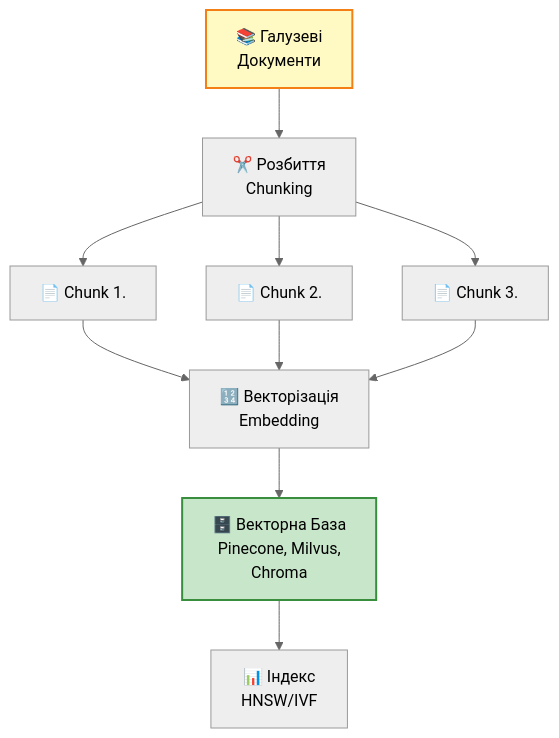
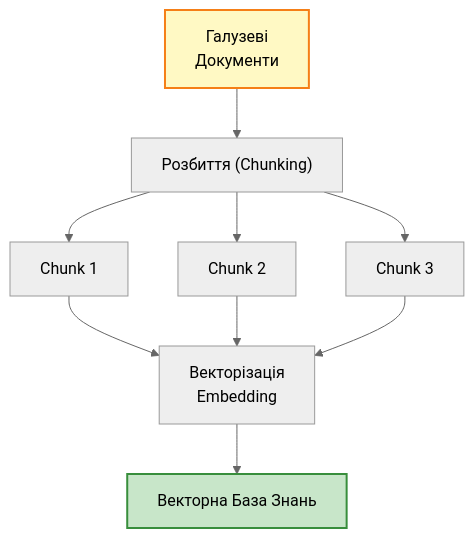
Before and after one commit to bunnybrin/rag-assistant: the diagram in docs/mermeid/indexing_phase.mermaid, drawn with Mermaid. The commit also changed 5 other files, not shown here.

```diff
--- a/docs/mermeid/indexing_phase.mermaid
+++ b/docs/mermeid/indexing_phase.mermaid
@@ -1,18 +1,17 @@
 ---
 config:
   theme: 'neutral'
 ---
 
 graph TB
-A["📚 Галузеві<br/>Документи"] --> B["✂️ Розбиття<br/>Chunking"]
-B --> C1["📄 Chunk 1."]
-B --> C2["📄 Chunk 2."]
-B --> C3["📄 Chunk 3."]
-C1 --> D["🔢 Векторізація<br/>Embedding"]
+A["Галузеві<br/>Документи"] --> B["Розбиття (Chunking)"]
+B --> C1["Chunk 1"]
+B --> C2["Chunk 2"]
+B --> C3["Chunk 3"]
+C1 --> D["Векторізація  <br/>Embedding"]
 C2 --> D
 C3 --> D
-D --> F["🗄️ Векторна База<br/>Pinecone, Milvus,<br/>Chroma"]
-F --> G["📊 Індекс<br/>HNSW/IVF"]
+D --> F["Векторна База Знань"]
 
 style A fill:#fff9c4,stroke:#f57f17,stroke-width:2px
 style F fill:#c8e6c9,stroke:#388e3c,stroke-width:2px
```
